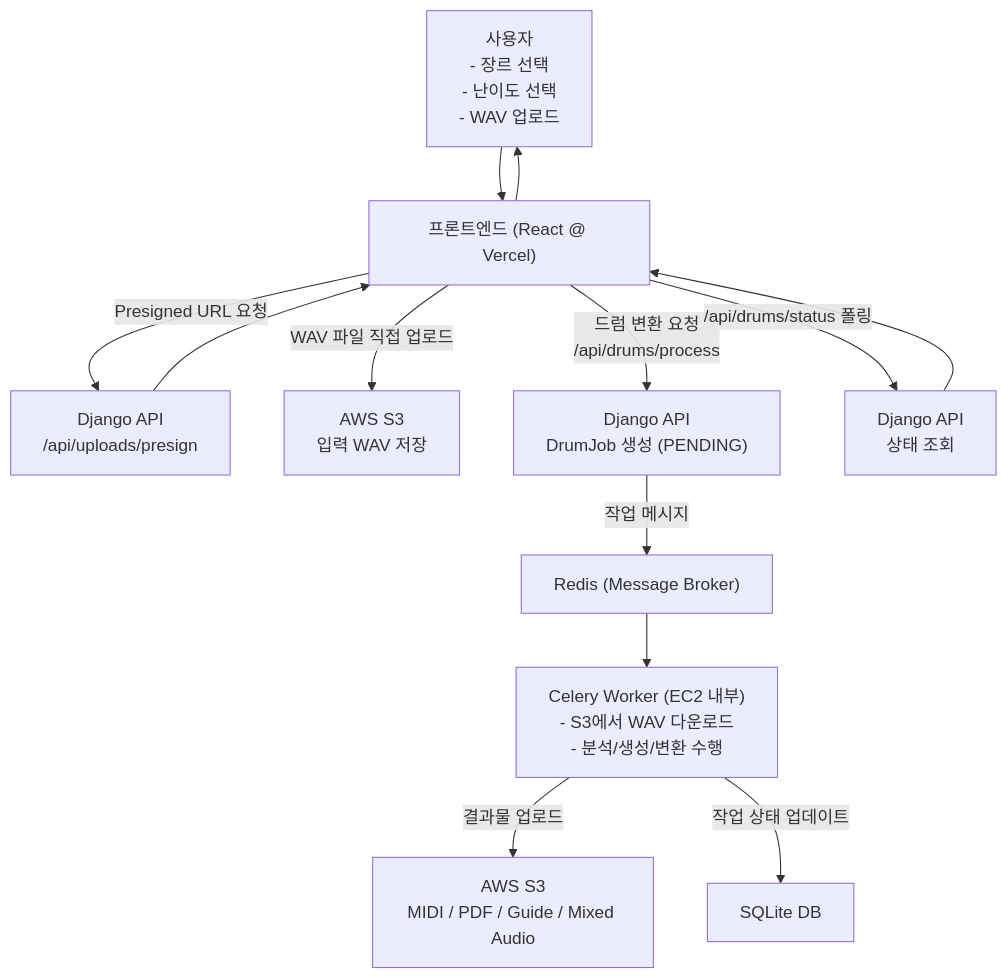
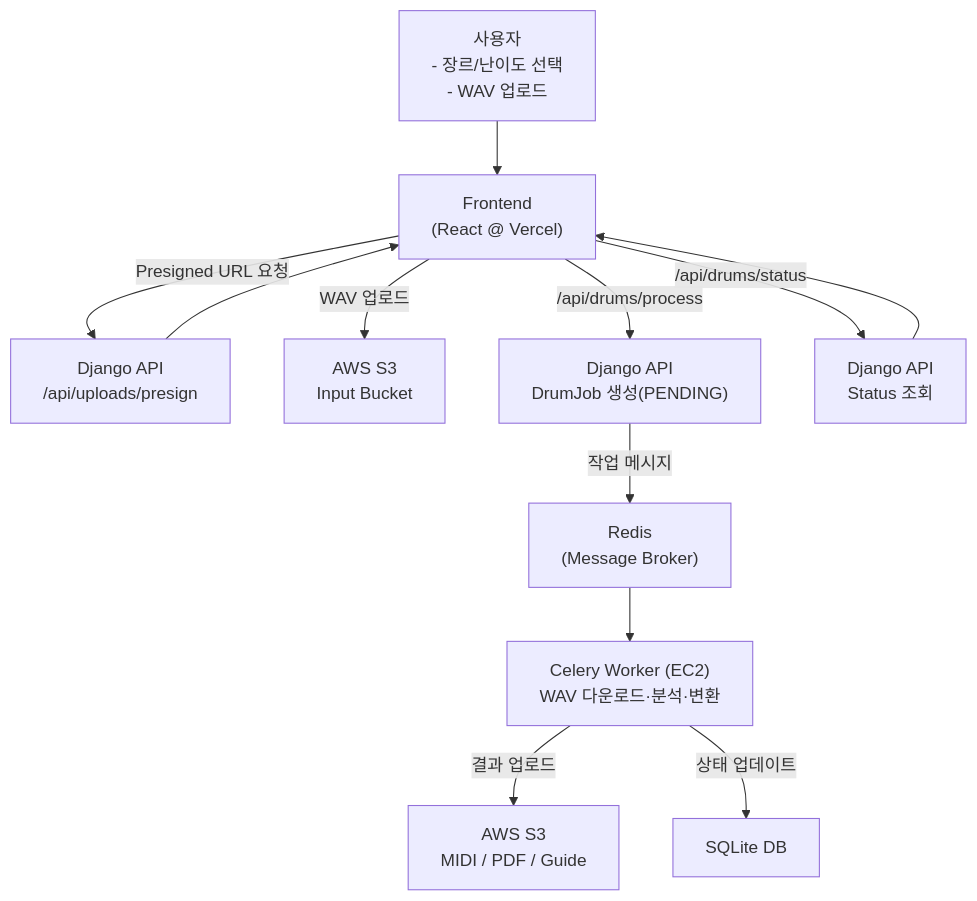
The diagram in README.md (OpenSWProject0302/drum-midi-generator), drawn with Mermaid before and after one commit. The commit also changed other lines of this file, not shown here.

`````diff
--- a/README.md
+++ b/README.md
@@ -44,26 +40,23 @@
 ```mermaid
 flowchart TD
 
-    User["사용자<br/>- 장르 선택<br/>- 난이도 선택<br/>- WAV 업로드"] --> FE["프론트엔드 (React @ Vercel)"]
+    User["사용자<br/>- 장르/난이도 선택<br/>- WAV 업로드"] --> FE["Frontend<br/>(React @ Vercel)"]
 
     FE -->|Presigned URL 요청| BE_Presign["Django API<br/>/api/uploads/presign"]
     BE_Presign --> FE
 
-    FE -->|WAV 파일 직접 업로드| S3_Input["AWS S3<br/>입력 WAV 저장"]
+    FE -->|WAV 업로드| S3_Input["AWS S3<br/>Input Bucket"]
 
-    FE -->|드럼 변환 요청<br/>/api/drums/process| BE_Process["Django API<br/>DrumJob 생성 (PENDING)"]
+    FE -->|/api/drums/process| BE_Process["Django API<br/>DrumJob 생성(PENDING)"]
 
-    BE_Process -->|작업 메시지| Redis["Redis (Message Broker)"]
+    BE_Process -->|작업 메시지| Redis["Redis<br/>(Message Broker)"]
 
-    Redis --> Worker["Celery Worker (EC2 내부)<br/>- S3에서 WAV 다운로드<br/>- 분석/생성/변환 수행"]
+    Redis --> Worker["Celery Worker (EC2)<br/>WAV 다운로드·분석·변환"]
 
-    Worker -->|결과물 업로드| S3_Output["AWS S3<br/>MIDI / PDF / Guide / Mixed Audio"]
+    Worker -->|결과 업로드| S3_Output["AWS S3<br/>MIDI / PDF / Guide"]
 
-    Worker -->|작업 상태 업데이트| DB["SQLite DB"]
+    Worker -->|상태 업데이트| DB["SQLite DB"]
 
-    FE -->|/api/drums/status 폴링| BE_Status["Django API<br/>상태 조회"]
-
+    FE -->|/api/drums/status| BE_Status["Django API<br/>Status 조회"]
     BE_Status --> FE
-    FE --> User
-
-```
+````
`````
